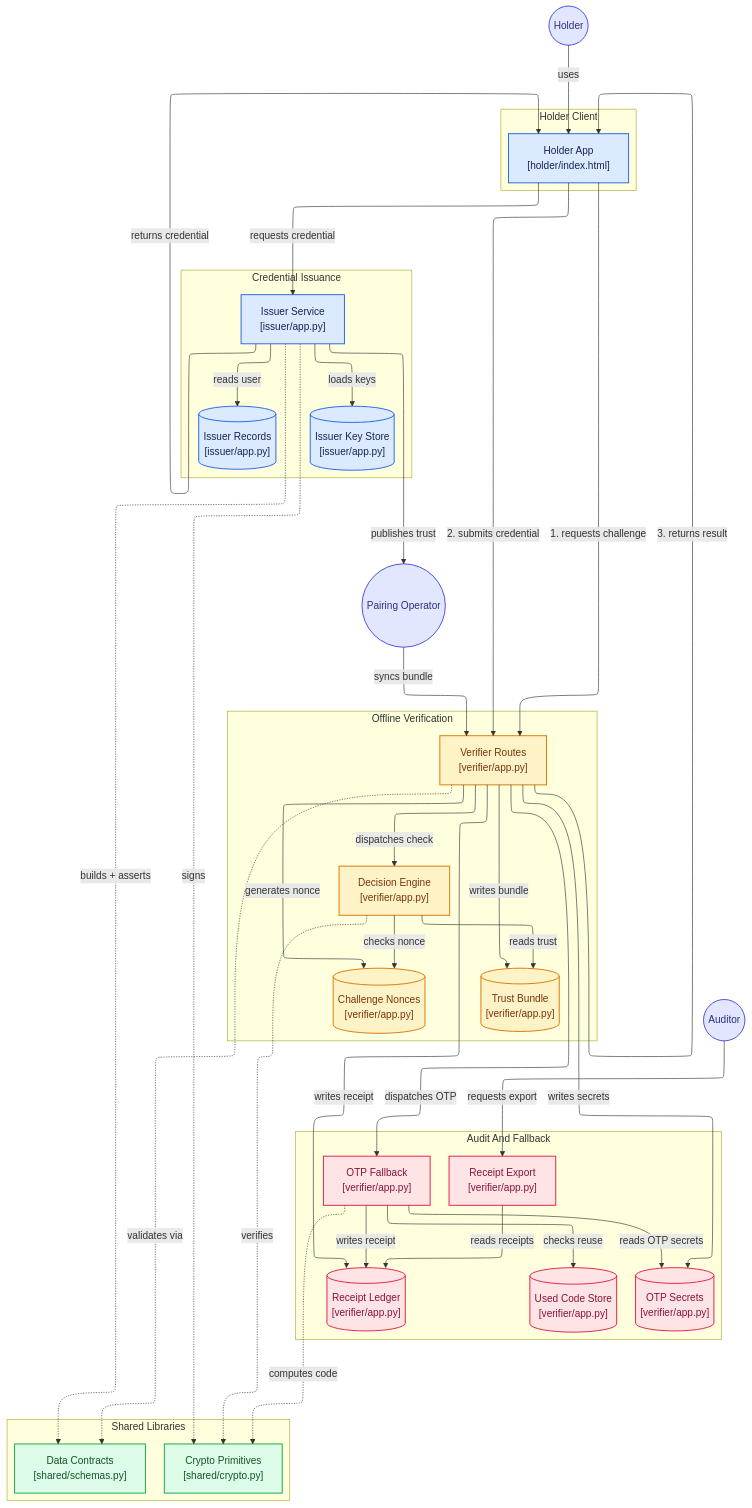
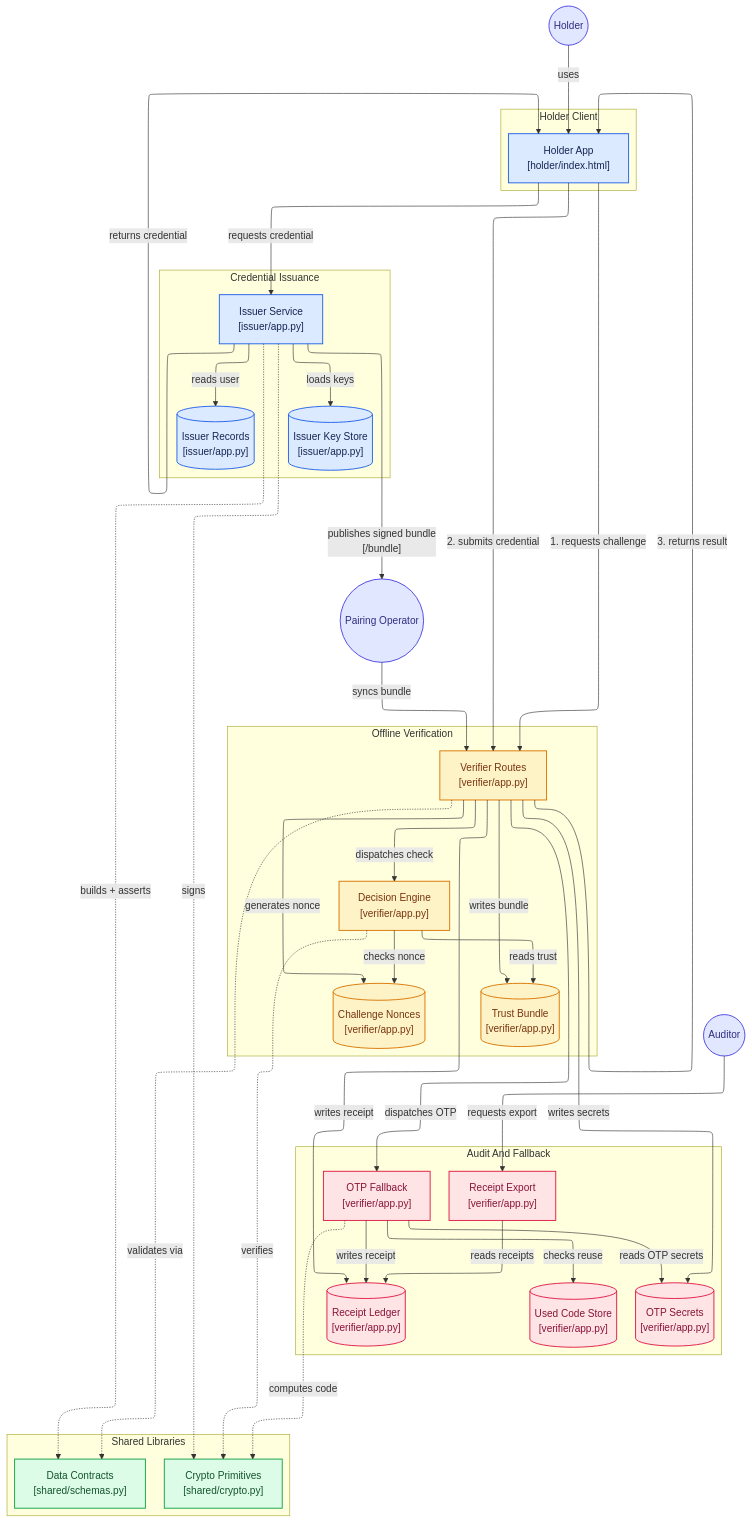
The diagram in docs/architecture.mmd (sudo-robi/icsc-yesno-identity), drawn with Mermaid before and after one commit. The commit also changed 16 other files, not shown here.

```diff
--- a/docs/architecture.mmd
+++ b/docs/architecture.mmd
@@ -1,103 +1,103 @@
 %%{init: {"flowchart": {"defaultRenderer": "elk"}}}%%
 flowchart TD
 
 node_holder_actor(("Holder"))
 node_pairing_actor(("Pairing Operator"))
 node_auditor_actor(("Auditor"))
 
 subgraph group_holder["Holder Client"]
   node_holder_ui["Holder App<br/>[holder/index.html]"]
 end
 
 subgraph group_issuance["Credential Issuance"]
   node_issuer_api["Issuer Service<br/>[issuer/app.py]"]
   node_issuer_records[("Issuer Records<br/>[issuer/app.py]")]
   node_issuer_keys[("Issuer Key Store<br/>[issuer/app.py]")]
 end
 
 subgraph group_verification["Offline Verification"]
   node_verifier_api["Verifier Routes<br/>[verifier/app.py]"]
   node_decision_engine["Decision Engine<br/>[verifier/app.py]"]
   node_challenge_nonces[("Challenge Nonces<br/>[verifier/app.py]")]
   node_trust_bundle[("Trust Bundle<br/>[verifier/app.py]")]
 end
 
 subgraph group_audit["Audit And Fallback"]
   node_otp_handler["OTP Fallback<br/>[verifier/app.py]"]
   node_otp_state[("Used Code Store<br/>[verifier/app.py]")]
   node_otp_secrets[("OTP Secrets<br/>[verifier/app.py]")]
   node_receipt_ledger[("Receipt Ledger<br/>[verifier/app.py]")]
   node_receipt_api["Receipt Export<br/>[verifier/app.py]"]
 end
 
 subgraph group_shared["Shared Libraries"]
   node_crypto["Crypto Primitives<br/>[shared/crypto.py]"]
   node_schemas["Data Contracts<br/>[shared/schemas.py]"]
 end
 
 %% Holder <-> Issuer
 node_holder_actor -->|"uses"| node_holder_ui
 node_holder_ui -->|"requests credential"| node_issuer_api
 node_issuer_api -->|"returns credential"| node_holder_ui
 node_issuer_api -->|"reads user"| node_issuer_records
 node_issuer_api -->|"loads keys"| node_issuer_keys
 
 %% Trust distribution (out-of-band)
-node_issuer_api -->|"publishes trust"| node_pairing_actor
+node_issuer_api -->|"publishes signed bundle<br/>[/bundle]"| node_pairing_actor
 node_pairing_actor -->|"syncs bundle"| node_verifier_api
 node_verifier_api -->|"writes bundle"| node_trust_bundle
 node_verifier_api -->|"writes secrets"| node_otp_secrets
 
 %% Verification flow (numbered)
 node_holder_ui -->|"1. requests challenge"| node_verifier_api
 node_holder_ui -->|"2. submits credential"| node_verifier_api
 node_verifier_api -->|"3. returns result"| node_holder_ui
 node_verifier_api -->|"generates nonce"| node_challenge_nonces
 node_verifier_api -->|"dispatches check"| node_decision_engine
 node_decision_engine -->|"reads trust"| node_trust_bundle
 node_decision_engine -->|"checks nonce"| node_challenge_nonces
 node_verifier_api -->|"writes receipt"| node_receipt_ledger
 
 %% OTP fallback
 node_verifier_api -->|"dispatches OTP"| node_otp_handler
 node_otp_handler -->|"reads OTP secrets"| node_otp_secrets
 node_otp_handler -->|"checks reuse"| node_otp_state
 node_otp_handler -->|"writes receipt"| node_receipt_ledger
 
 %% Audit
 node_auditor_actor -->|"requests export"| node_receipt_api
 node_receipt_api -->|"reads receipts"| node_receipt_ledger
 
 %% Shared library dependencies (dotted = compile/import-time use)
 node_issuer_api -.->|"signs"| node_crypto
 node_decision_engine -.->|"verifies"| node_crypto
 node_otp_handler -.->|"computes code"| node_crypto
 node_issuer_api -.->|"builds + asserts"| node_schemas
 node_verifier_api -.->|"validates via"| node_schemas
 
 click node_issuer_api "https://github.com/sudo-robi/icsc-yesno-identity/blob/main/issuer/app.py"
 click node_issuer_records "https://github.com/sudo-robi/icsc-yesno-identity/blob/main/issuer/app.py"
 click node_issuer_keys "https://github.com/sudo-robi/icsc-yesno-identity/blob/main/issuer/app.py"
 click node_holder_ui "https://github.com/sudo-robi/icsc-yesno-identity/blob/main/holder/index.html"
 click node_verifier_api "https://github.com/sudo-robi/icsc-yesno-identity/blob/main/verifier/app.py"
 click node_decision_engine "https://github.com/sudo-robi/icsc-yesno-identity/blob/main/verifier/app.py"
 click node_challenge_nonces "https://github.com/sudo-robi/icsc-yesno-identity/blob/main/verifier/app.py"
 click node_trust_bundle "https://github.com/sudo-robi/icsc-yesno-identity/blob/main/verifier/app.py"
 click node_crypto "https://github.com/sudo-robi/icsc-yesno-identity/blob/main/shared/crypto.py"
 click node_receipt_ledger "https://github.com/sudo-robi/icsc-yesno-identity/blob/main/verifier/app.py"
 click node_receipt_api "https://github.com/sudo-robi/icsc-yesno-identity/blob/main/verifier/app.py"
 click node_otp_handler "https://github.com/sudo-robi/icsc-yesno-identity/blob/main/verifier/app.py"
 click node_otp_state "https://github.com/sudo-robi/icsc-yesno-identity/blob/main/verifier/app.py"
 click node_otp_secrets "https://github.com/sudo-robi/icsc-yesno-identity/blob/main/verifier/app.py"
 click node_schemas "https://github.com/sudo-robi/icsc-yesno-identity/blob/main/shared/schemas.py"
 
 classDef toneBlue fill:#dbeafe,stroke:#2563eb,stroke-width:1.5px,color:#172554
 classDef toneAmber fill:#fef3c7,stroke:#d97706,stroke-width:1.5px,color:#78350f
 classDef toneMint fill:#dcfce7,stroke:#16a34a,stroke-width:1.5px,color:#14532d
 classDef toneRose fill:#ffe4e6,stroke:#e11d48,stroke-width:1.5px,color:#881337
 classDef toneIndigo fill:#e0e7ff,stroke:#4f46e5,stroke-width:1.5px,color:#312e81
 class node_issuer_api,node_issuer_records,node_issuer_keys,node_holder_ui toneBlue
 class node_verifier_api,node_decision_engine,node_challenge_nonces,node_trust_bundle toneAmber
 class node_crypto,node_schemas toneMint
 class node_receipt_ledger,node_receipt_api,node_otp_handler,node_otp_state,node_otp_secrets toneRose
 class node_holder_actor,node_pairing_actor,node_auditor_actor toneIndigo
```
